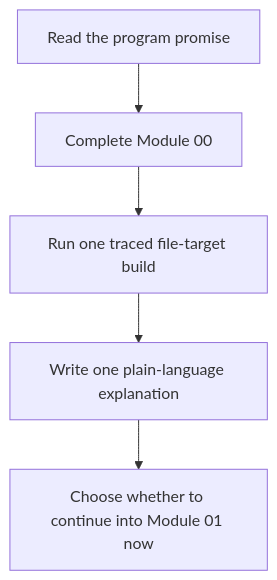
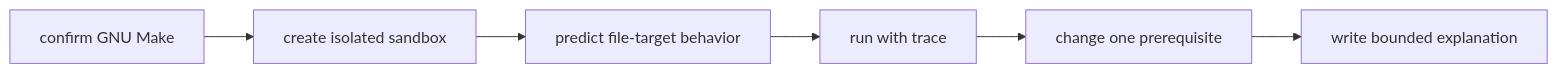
The second of 3 diagrams in programs/reproducible-research/deep-dive-make/course-book/module-00-orientation/first-contact-map.md (bijux/bijux-masterclass), drawn with Mermaid before and after one commit. The commit also changed other lines of this file, not shown here.

Commit message:
docs(make): make first contact prove one graph edge

````diff
--- a/programs/reproducible-research/deep-dive-make/course-book/module-00-orientation/first-contact-map.md
+++ b/programs/reproducible-research/deep-dive-make/course-book/module-00-orientation/first-contact-map.md
@@ -8,7 +19,8 @@
 ```mermaid
-flowchart TD
-  read["Read the program promise"] --> orient["Complete Module 00"]
-  orient --> trace["Run one traced file-target build"]
-  trace --> reflect["Write one plain-language explanation"]
-  reflect --> decide["Choose whether to continue into Module 01 now"]
+flowchart LR
+  prepare["confirm GNU Make"] --> sandbox["create isolated sandbox"]
+  sandbox --> predict["predict file-target behavior"]
+  predict --> trace["run with trace"]
+  trace --> mutate["change one prerequisite"]
+  mutate --> explain["write bounded explanation"]
 ```
````
